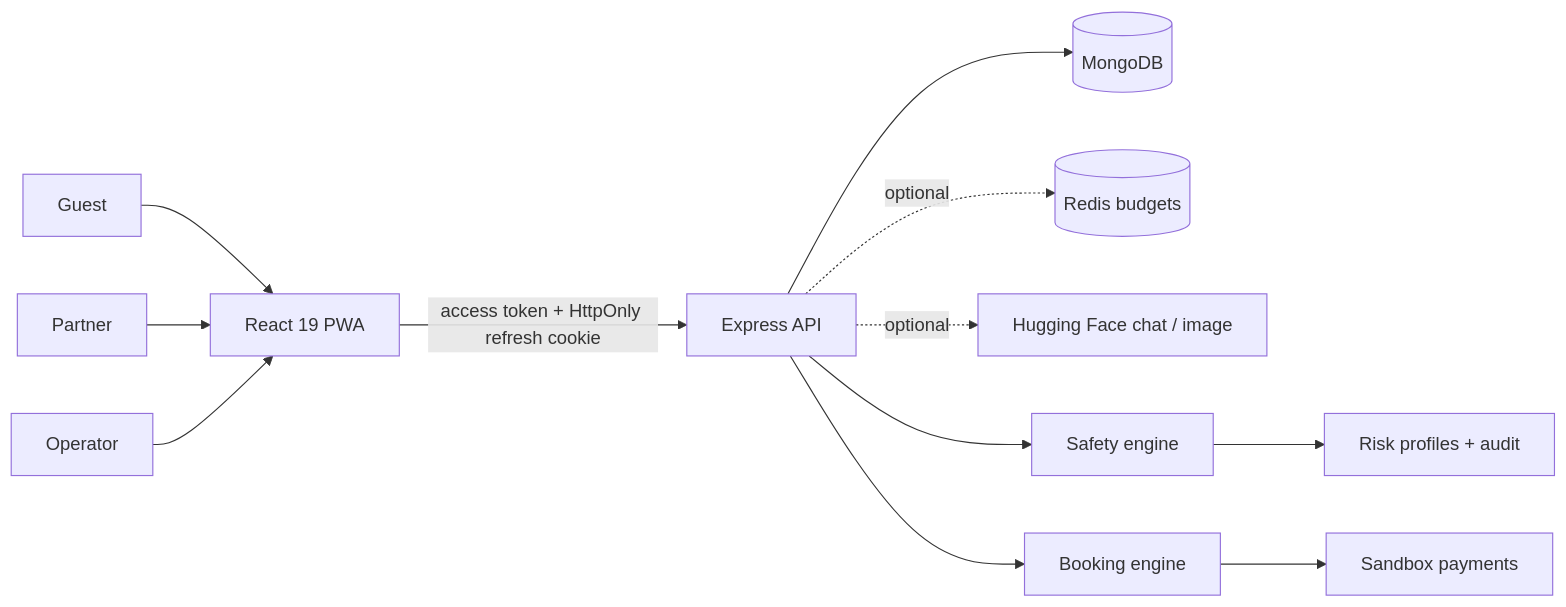
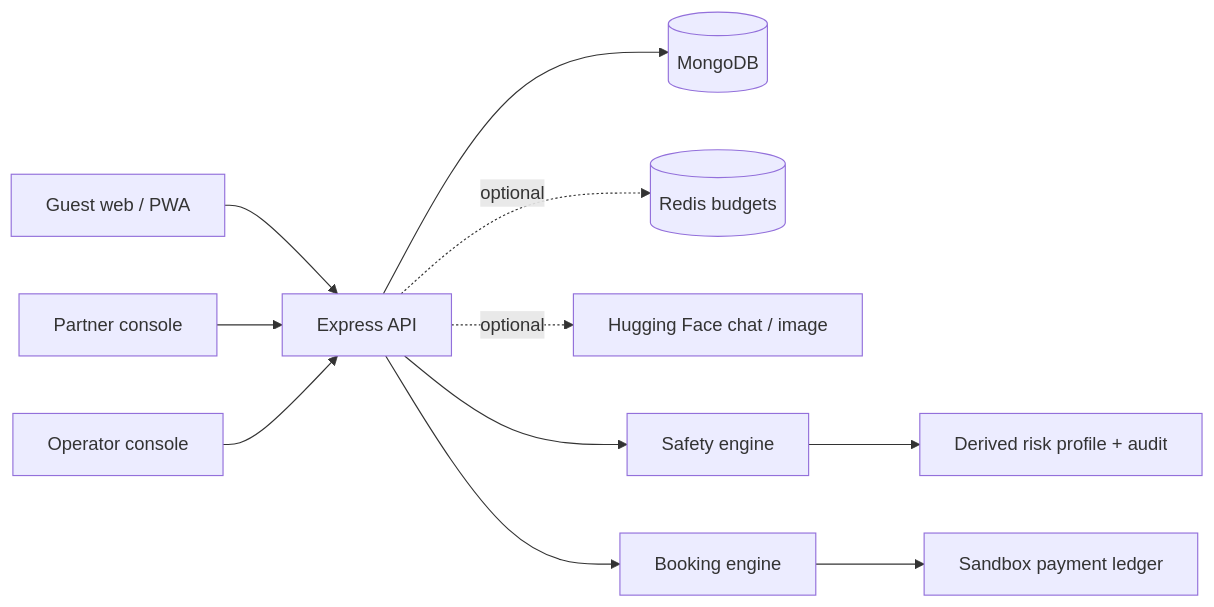
Before and after one commit to Mike-Animal-Counseling/PawCompanion: the diagram in README.md, drawn with Mermaid. The commit also changed other lines of this file and 6 other files, not shown here.

````diff
--- a/README.md
+++ b/README.md
@@ -111,14 +120,13 @@
 ```mermaid
 flowchart LR
-  U[Guest] --> W[React 19 PWA]
-  M[Partner] --> W
-  O[Operator] --> W
-  W -->|access token + HttpOnly refresh cookie| A[Express API]
-  A --> DB[(MongoDB)]
-  A -. optional .-> R[(Redis budgets)]
-  A -. optional .-> HF[Hugging Face chat / image]
-  A --> S[Safety engine]
-  S --> P[Risk profiles + audit]
-  A --> B[Booking engine]
-  B --> Y[Sandbox payments]
+  Guest[Guest web / PWA] --> API[Express API]
+  Partner[Partner console] --> API
+  Operator[Operator console] --> API
+  API --> Mongo[(MongoDB)]
+  API -. optional .-> Redis[(Redis budgets)]
+  API -. optional .-> AI[Hugging Face chat / image]
+  API --> Safety[Safety engine]
+  Safety --> Risk[Derived risk profile + audit]
+  API --> Booking[Booking engine]
+  Booking --> Pay[Sandbox payment ledger]
 ```
````
